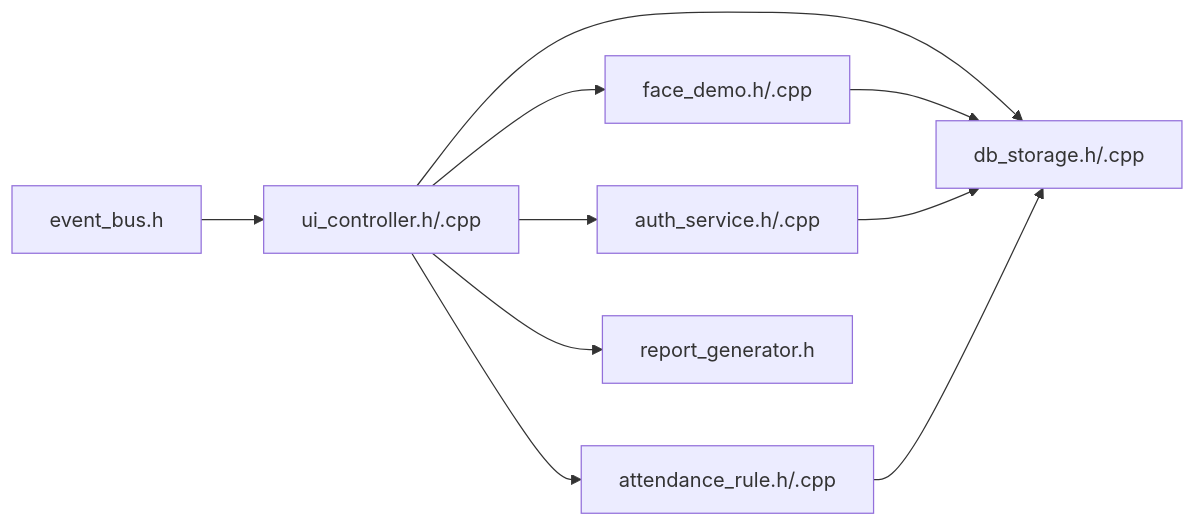
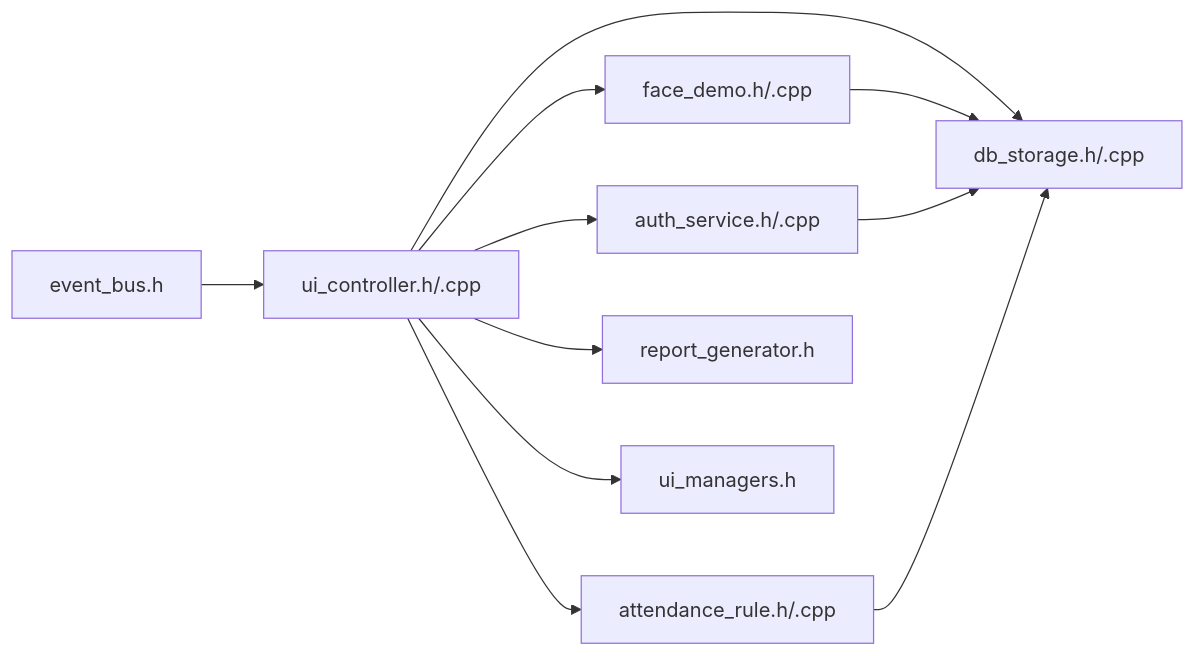
The sixth of 9 diagrams in .qoder/repowiki/zh/content/API接口参考/API接口参考.md (Drunk552/SmartAttendance), drawn with Mermaid before and after one commit. The commit also changed other lines of this file and 26 other files, not shown here.

````diff
--- a/.qoder/repowiki/zh/content/API接口参考/API接口参考.md
+++ b/.qoder/repowiki/zh/content/API接口参考/API接口参考.md
@@ -326,12 +357,13 @@
 ```mermaid
 graph LR
 UIController["ui_controller.h/.cpp"] --> DBStorage["db_storage.h/.cpp"]
 UIController --> FaceDemo["face_demo.h/.cpp"]
 UIController --> AuthService["auth_service.h/.cpp"]
 UIController --> AttendanceRule["attendance_rule.h/.cpp"]
 UIController --> ReportGen["report_generator.h"]
+UIController --> UiManager["ui_managers.h"]
 FaceDemo --> DBStorage
 AuthService --> DBStorage
 AttendanceRule --> DBStorage
 EventBus["event_bus.h"] --> UIController
 ```
````
